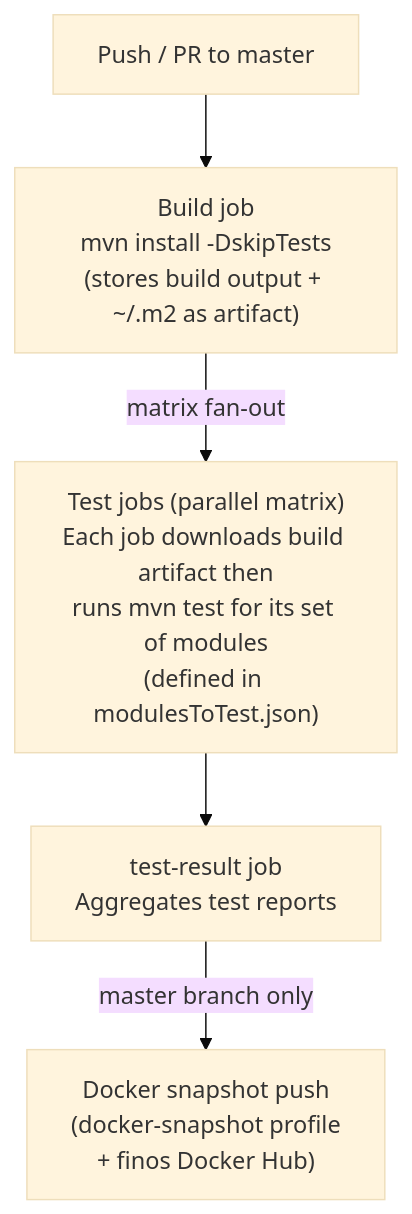
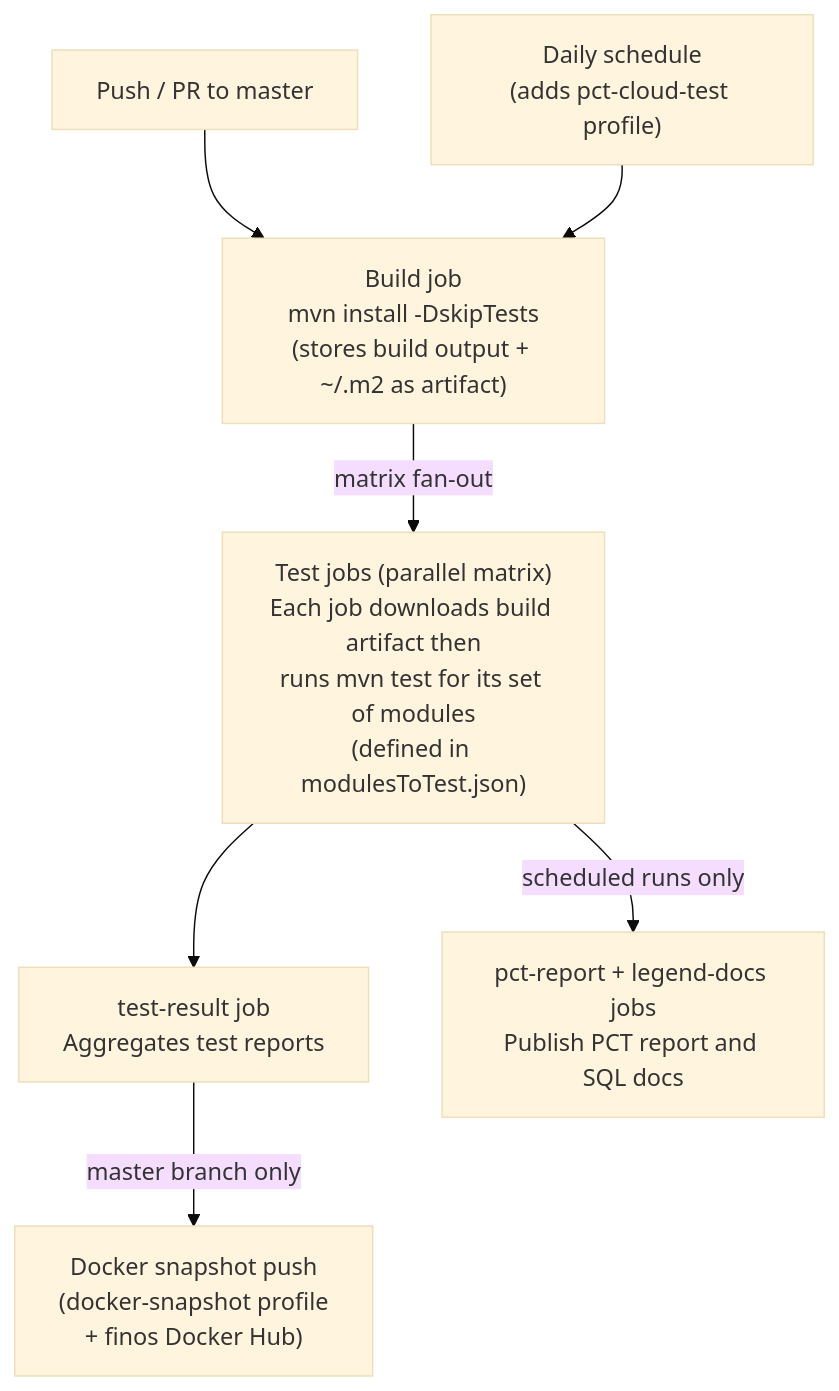
One commit to finos/legend-engine changed the second of 2 diagrams in docs/engineering/testing/testing-strategy.md. Above: the diagram before and after it, drawn with Mermaid (base theme). The commit also changed other lines of this file and 4 other files, not shown here.

First line of the commit message:
CI: move cloud PCT tests and PCT report publishing to a daily scheduled build (#5549)

````diff
--- a/docs/engineering/testing/testing-strategy.md
+++ b/docs/engineering/testing/testing-strategy.md
@@ -250,13 +254,17 @@
 ```mermaid
 flowchart TD
     Push["Push / PR to master"]
     Build["Build job\nmvn install -DskipTests\n(stores build output + ~/.m2 as artifact)"]
     Tests["Test jobs (parallel matrix)\nEach job downloads build artifact then\nruns mvn test for its set of modules\n(defined in modulesToTest.json)"]
     Aggregate["test-result job\nAggregates test reports"]
     Docker["Docker snapshot push\n(docker-snapshot profile\n+ finos Docker Hub)"]
 
     Push --> Build
     Build -->|"matrix fan-out"| Tests
     Tests --> Aggregate
     Aggregate -->|"master branch only"| Docker
+    Schedule["Daily schedule\n(adds pct-cloud-test profile)"]
+    Report["pct-report + legend-docs jobs\nPublish PCT report and SQL docs"]
+    Schedule --> Build
+    Tests -->|"scheduled runs only"| Report
 ```
````
